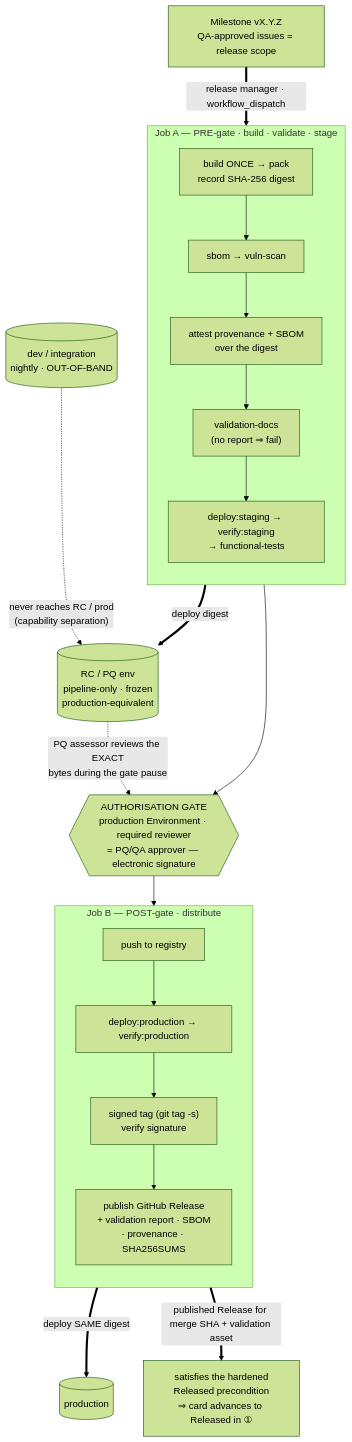
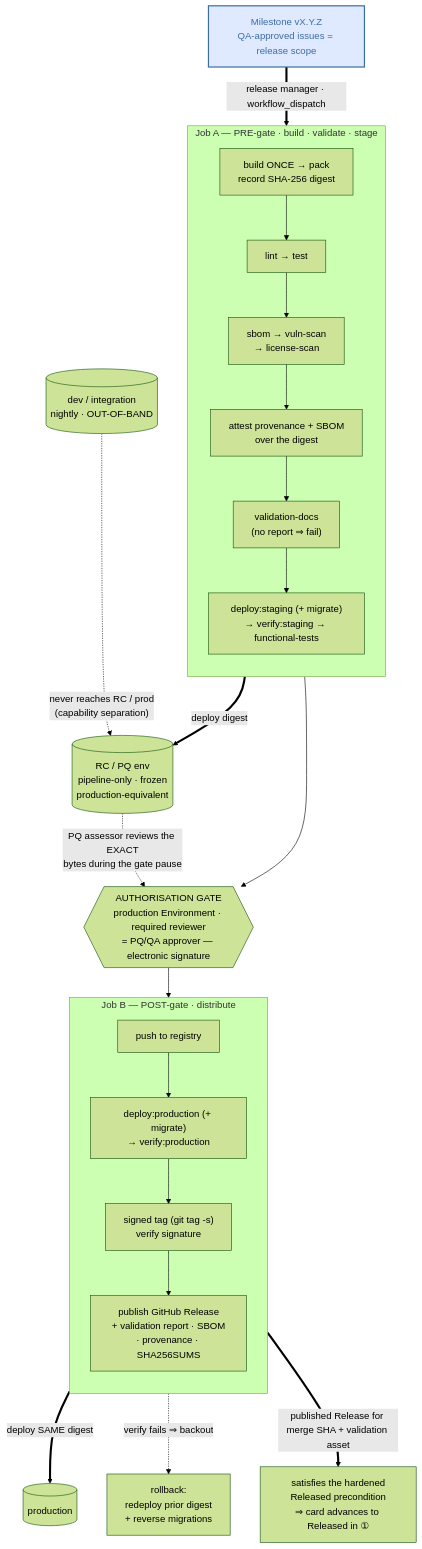
Before and after one commit to CCTC-team/.github: the second of 2 diagrams in AIPlans/Release process plan.md, drawn with Mermaid (forest theme). The commit also changed other lines of this file, not shown here.

First line of the commit message:
Broaden Phase 0 target set for completeness (lint, migrate, rollback)

````diff
--- a/AIPlans/Release process plan.md
+++ b/AIPlans/Release process plan.md
@@ -280,23 +283,26 @@
 ```mermaid
 flowchart TB
     MS["Milestone vX.Y.Z<br/>QA-approved issues = release scope"] == "release manager · workflow_dispatch" ==> A1
 
     subgraph JOBA["Job A — PRE-gate · build · validate · stage"]
         direction TB
-        A1["build ONCE → pack<br/>record SHA-256 digest"] --> A2["sbom → vuln-scan"] --> A3["attest provenance + SBOM<br/>over the digest"] --> A4["validation-docs<br/>(no report ⇒ fail)"] --> A5["deploy:staging → verify:staging<br/>→ functional-tests"]
+        A1["build ONCE → pack<br/>record SHA-256 digest"] --> AL["lint → test"] --> A2["sbom → vuln-scan<br/>→ license-scan"] --> A3["attest provenance + SBOM<br/>over the digest"] --> A4["validation-docs<br/>(no report ⇒ fail)"] --> A5["deploy:staging (+ migrate)<br/>→ verify:staging → functional-tests"]
     end
 
     A5 == "deploy digest" ==> RCENV[("RC / PQ env<br/>pipeline-only · frozen<br/>production-equivalent")]
     A5 --> GATE{{"AUTHORISATION GATE<br/>production Environment · required reviewer<br/>= PQ/QA approver — electronic signature"}}
     RCENV -. "PQ assessor reviews the EXACT<br/>bytes during the gate pause" .-> GATE
     GATE --> Bp
 
     subgraph JOBB["Job B — POST-gate · distribute"]
         direction TB
-        Bp["push to registry"] --> Bd["deploy:production → verify:production"] --> Bt["signed tag (git tag -s)<br/>verify signature"] --> Br["publish GitHub Release<br/>+ validation report · SBOM<br/>· provenance · SHA256SUMS"]
+        Bp["push to registry"] --> Bd["deploy:production (+ migrate)<br/>→ verify:production"] --> Bt["signed tag (git tag -s)<br/>verify signature"] --> Br["publish GitHub Release<br/>+ validation report · SBOM<br/>· provenance · SHA256SUMS"]
     end
 
     Bd == "deploy SAME digest" ==> PRODENV[("production")]
+    Bd -. "verify fails ⇒ backout" .-> RB["rollback:<br/>redeploy prior digest<br/>+ reverse migrations"]
     DEVENV[("dev / integration<br/>nightly · OUT-OF-BAND")] -. "never reaches RC / prod<br/>(capability separation)" .-> RCENV
     Br == "published Release for merge SHA + validation asset" ==> RELG["satisfies the hardened<br/>Released precondition<br/>⇒ card advances to Released in ①"]
+    class MS relhi
+    classDef relhi fill:#dfe9ff,stroke:#3b6ea5,stroke-width:2px,color:#3b6ea5
 ```
````
